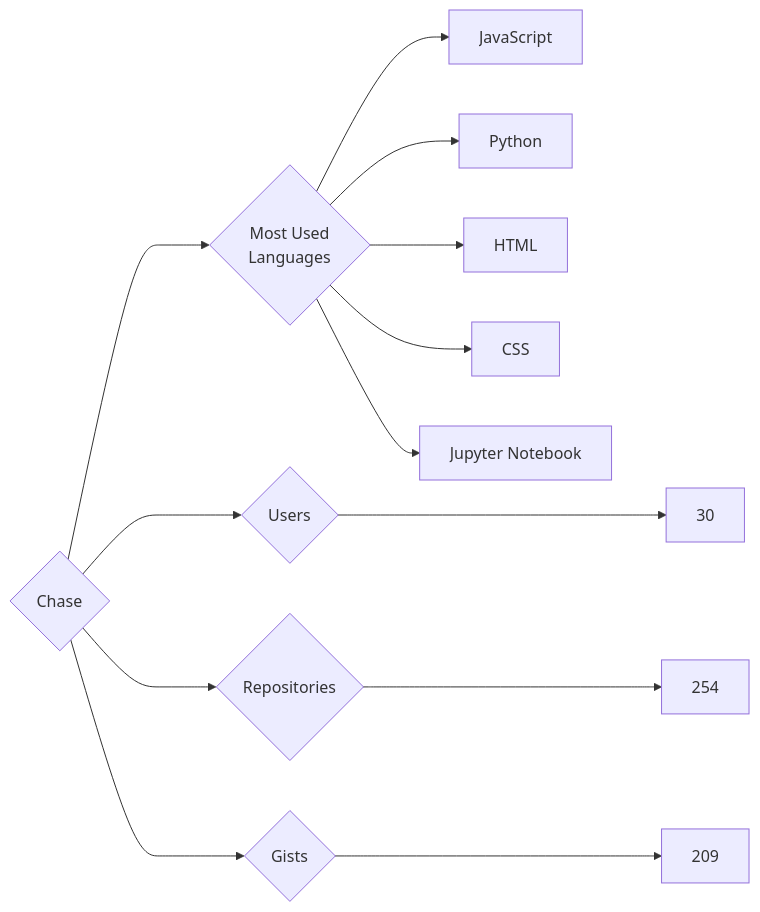
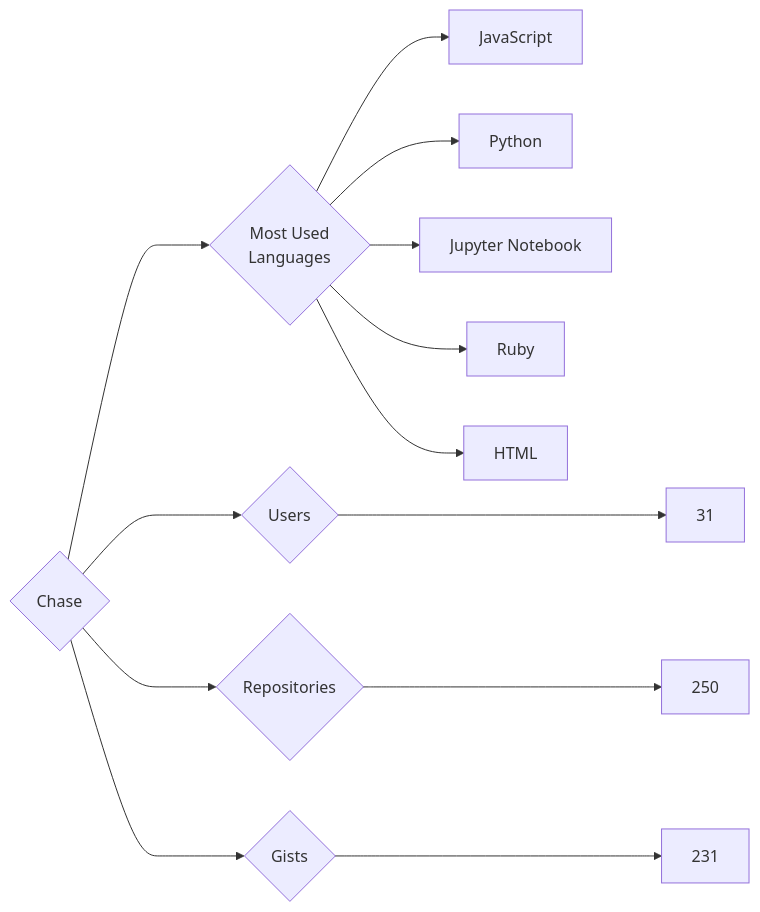
Before and after one commit to trickest/insiders: the diagram in targets/Chase/README.md, drawn with Mermaid. The commit also changed 914 other files, not shown here.

````diff
--- a/targets/Chase/README.md
+++ b/targets/Chase/README.md
@@ -3,13 +3,13 @@
 ```mermaid
 graph LR
 COMPANY_NAME{Chase}
-COMPANY_NAME ---> U{Users} ---> UN[30]
-COMPANY_NAME ---> R{Repositories} ---> RN[254]
-COMPANY_NAME ---> G{Gists} ---> GN[209]
+COMPANY_NAME ---> U{Users} ---> UN[31]
+COMPANY_NAME ---> R{Repositories} ---> RN[250]
+COMPANY_NAME ---> G{Gists} ---> GN[231]
 COMPANY_NAME ---> ML{Most Used<br>Languages}
 ML --> JavaScript[JavaScript]
 ML --> Python[Python]
+ML --> Jupyter_Notebook[Jupyter Notebook]
+ML --> Ruby[Ruby]
 ML --> HTML[HTML]
-ML --> CSS[CSS]
-ML --> Jupyter_Notebook[Jupyter Notebook]
 ```
````
